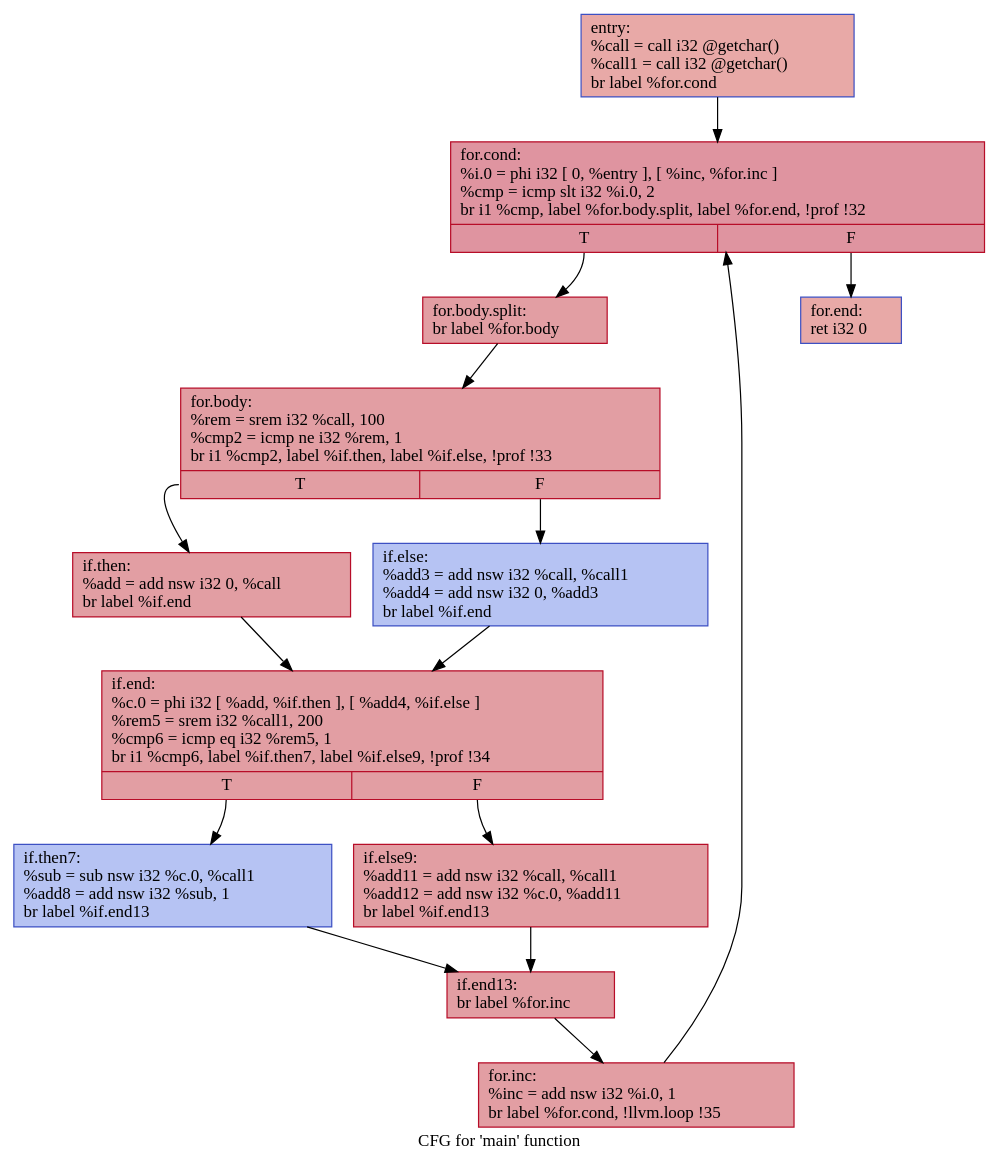
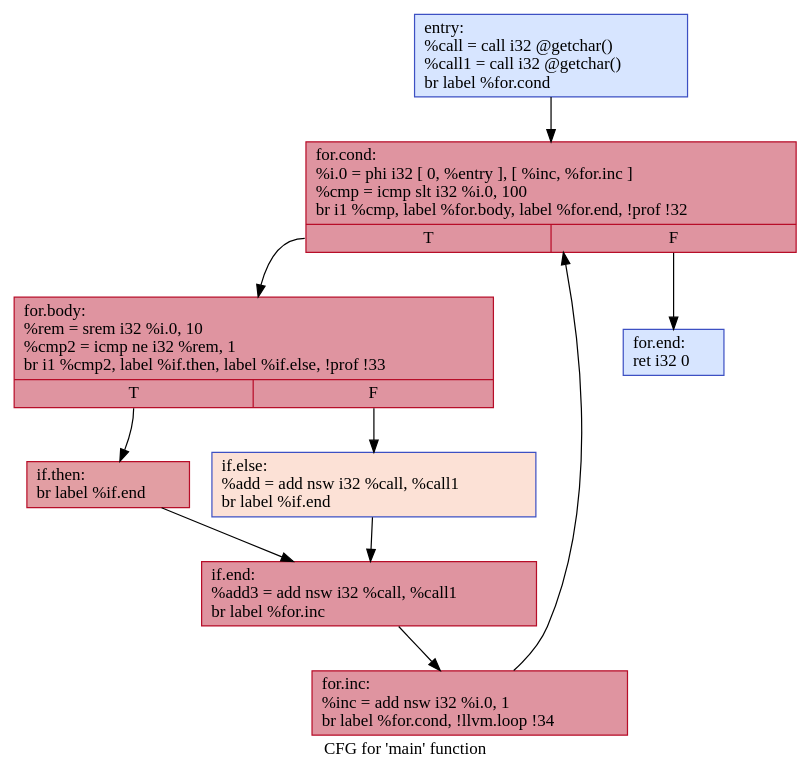
One commit to GGLeod/Speculation-Based-GVNPRE changed the diagram in visual/.main.dot. Above: the diagram before and after it, drawn with Graphviz. The commit also changed 13 other files, not shown here.

```diff
--- a/visual/.main.dot
+++ b/visual/.main.dot
@@ -1,30 +1,21 @@
 digraph "CFG for 'main' function" {
 	label="CFG for 'main' function";
 
-	Node0x564d8fabbc30 [shape=record,color="#3d50c3ff", style=filled, fillcolor="#ca3b3770",label="{entry:\l  %call = call i32 @getchar()\l  %call1 = call i32 @getchar()\l  br label %for.cond\l}"];
-	Node0x564d8fabbc30 -> Node0x564d8fac44f0;
-	Node0x564d8fac44f0 [shape=record,color="#b70d28ff", style=filled, fillcolor="#b70d2870",label="{for.cond:                                         \l  %i.0 = phi i32 [ 0, %entry ], [ %inc, %for.inc ]\l  %cmp = icmp slt i32 %i.0, 2\l  br i1 %cmp, label %for.body.split, label %for.end, !prof !32\l|{<s0>T|<s1>F}}"];
-	Node0x564d8fac44f0:s0 -> Node0x564d8fac4540;
-	Node0x564d8fac44f0:s1 -> Node0x564d8fac4810;
-	Node0x564d8fac4540 [shape=record,color="#b70d28ff", style=filled, fillcolor="#be242e70",label="{for.body.split:                                   \l  br label %for.body\l}"];
-	Node0x564d8fac4540 -> Node0x564d8fac4590;
-	Node0x564d8fac4590 [shape=record,color="#b70d28ff", style=filled, fillcolor="#be242e70",label="{for.body:                                         \l  %rem = srem i32 %call, 100\l  %cmp2 = icmp ne i32 %rem, 1\l  br i1 %cmp2, label %if.then, label %if.else, !prof !33\l|{<s0>T|<s1>F}}"];
-	Node0x564d8fac4590:s0 -> Node0x564d8fac45e0;
-	Node0x564d8fac4590:s1 -> Node0x564d8fac4630;
-	Node0x564d8fac45e0 [shape=record,color="#b70d28ff", style=filled, fillcolor="#be242e70",label="{if.then:                                          \l  %add = add nsw i32 0, %call\l  br label %if.end\l}"];
-	Node0x564d8fac45e0 -> Node0x564d8fac4680;
-	Node0x564d8fac4630 [shape=record,color="#3d50c3ff", style=filled, fillcolor="#5977e370",label="{if.else:                                          \l  %add3 = add nsw i32 %call, %call1\l  %add4 = add nsw i32 0, %add3\l  br label %if.end\l}"];
-	Node0x564d8fac4630 -> Node0x564d8fac4680;
-	Node0x564d8fac4680 [shape=record,color="#b70d28ff", style=filled, fillcolor="#be242e70",label="{if.end:                                           \l  %c.0 = phi i32 [ %add, %if.then ], [ %add4, %if.else ]\l  %rem5 = srem i32 %call1, 200\l  %cmp6 = icmp eq i32 %rem5, 1\l  br i1 %cmp6, label %if.then7, label %if.else9, !prof !34\l|{<s0>T|<s1>F}}"];
-	Node0x564d8fac4680:s0 -> Node0x564d8fac46d0;
-	Node0x564d8fac4680:s1 -> Node0x564d8fac4720;
-	Node0x564d8fac46d0 [shape=record,color="#3d50c3ff", style=filled, fillcolor="#5977e370",label="{if.then7:                                         \l  %sub = sub nsw i32 %c.0, %call1\l  %add8 = add nsw i32 %sub, 1\l  br label %if.end13\l}"];
-	Node0x564d8fac46d0 -> Node0x564d8fac4770;
-	Node0x564d8fac4720 [shape=record,color="#b70d28ff", style=filled, fillcolor="#be242e70",label="{if.else9:                                         \l  %add11 = add nsw i32 %call, %call1\l  %add12 = add nsw i32 %c.0, %add11\l  br label %if.end13\l}"];
-	Node0x564d8fac4720 -> Node0x564d8fac4770;
-	Node0x564d8fac4770 [shape=record,color="#b70d28ff", style=filled, fillcolor="#be242e70",label="{if.end13:                                         \l  br label %for.inc\l}"];
-	Node0x564d8fac4770 -> Node0x564d8fac47c0;
-	Node0x564d8fac47c0 [shape=record,color="#b70d28ff", style=filled, fillcolor="#be242e70",label="{for.inc:                                          \l  %inc = add nsw i32 %i.0, 1\l  br label %for.cond, !llvm.loop !35\l}"];
-	Node0x564d8fac47c0 -> Node0x564d8fac44f0;
-	Node0x564d8fac4810 [shape=record,color="#3d50c3ff", style=filled, fillcolor="#ca3b3770",label="{for.end:                                          \l  ret i32 0\l}"];
+	Node0x564ad52ca5b0 [shape=record,color="#3d50c3ff", style=filled, fillcolor="#a5c3fe70",label="{entry:\l  %call = call i32 @getchar()\l  %call1 = call i32 @getchar()\l  br label %for.cond\l}"];
+	Node0x564ad52ca5b0 -> Node0x564ad52ca600;
+	Node0x564ad52ca600 [shape=record,color="#b70d28ff", style=filled, fillcolor="#b70d2870",label="{for.cond:                                         \l  %i.0 = phi i32 [ 0, %entry ], [ %inc, %for.inc ]\l  %cmp = icmp slt i32 %i.0, 100\l  br i1 %cmp, label %for.body, label %for.end, !prof !32\l|{<s0>T|<s1>F}}"];
+	Node0x564ad52ca600:s0 -> Node0x564ad52ca650;
+	Node0x564ad52ca600:s1 -> Node0x564ad52ca7e0;
+	Node0x564ad52ca650 [shape=record,color="#b70d28ff", style=filled, fillcolor="#b70d2870",label="{for.body:                                         \l  %rem = srem i32 %i.0, 10\l  %cmp2 = icmp ne i32 %rem, 1\l  br i1 %cmp2, label %if.then, label %if.else, !prof !33\l|{<s0>T|<s1>F}}"];
+	Node0x564ad52ca650:s0 -> Node0x564ad52ca6a0;
+	Node0x564ad52ca650:s1 -> Node0x564ad52ca6f0;
+	Node0x564ad52ca6a0 [shape=record,color="#b70d28ff", style=filled, fillcolor="#be242e70",label="{if.then:                                          \l  br label %if.end\l}"];
+	Node0x564ad52ca6a0 -> Node0x564ad52ca740;
+	Node0x564ad52ca6f0 [shape=record,color="#3d50c3ff", style=filled, fillcolor="#f7bca170",label="{if.else:                                          \l  %add = add nsw i32 %call, %call1\l  br label %if.end\l}"];
+	Node0x564ad52ca6f0 -> Node0x564ad52ca740;
+	Node0x564ad52ca740 [shape=record,color="#b70d28ff", style=filled, fillcolor="#b70d2870",label="{if.end:                                           \l  %add3 = add nsw i32 %call, %call1\l  br label %for.inc\l}"];
+	Node0x564ad52ca740 -> Node0x564ad52ca790;
+	Node0x564ad52ca790 [shape=record,color="#b70d28ff", style=filled, fillcolor="#b70d2870",label="{for.inc:                                          \l  %inc = add nsw i32 %i.0, 1\l  br label %for.cond, !llvm.loop !34\l}"];
+	Node0x564ad52ca790 -> Node0x564ad52ca600;
+	Node0x564ad52ca7e0 [shape=record,color="#3d50c3ff", style=filled, fillcolor="#a5c3fe70",label="{for.end:                                          \l  ret i32 0\l}"];
 }
```
